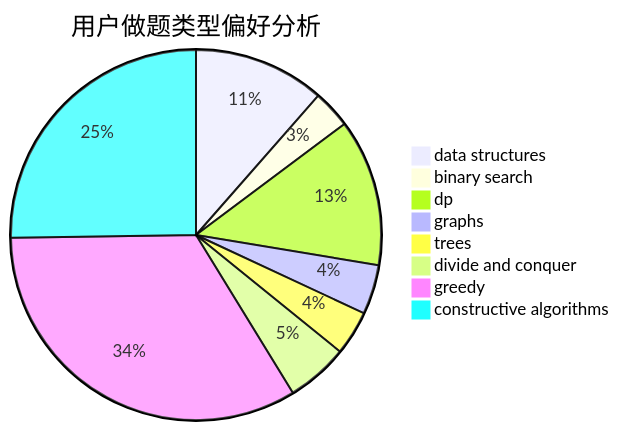
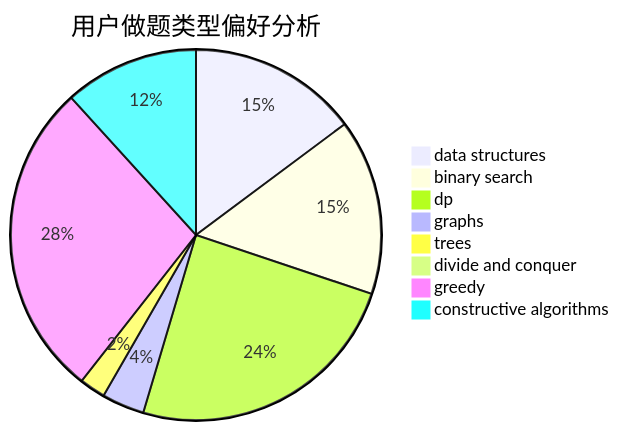
One commit to sherpahu/cfrs.github.io changed the second of 3 diagrams in docs/user/u923.md. Above: the diagram before and after it, drawn with Mermaid. The commit also changed other lines of this file and 2770 other files, not shown here.

````diff
--- a/docs/user/u923.md
+++ b/docs/user/u923.md
@@ -23,11 +23,11 @@
 ```mermaid
 pie title 用户做题类型偏好分析
-    "data structures" :  159
-    "binary search" :  46
-    "dp" :  178
-    "graphs" :  60
-    "trees" :  54
-    "divide and conquer" :  75
-    "greedy" :  465
-    "constructive algorithms" :  350
+    "data structures" :  522
+    "binary search" :  541
+    "dp" :  862
+    "graphs" :  131
+    "trees" :  80
+    "divide and conquer" :  16
+    "greedy" :  976
+    "constructive algorithms" :  414
 ```
````
